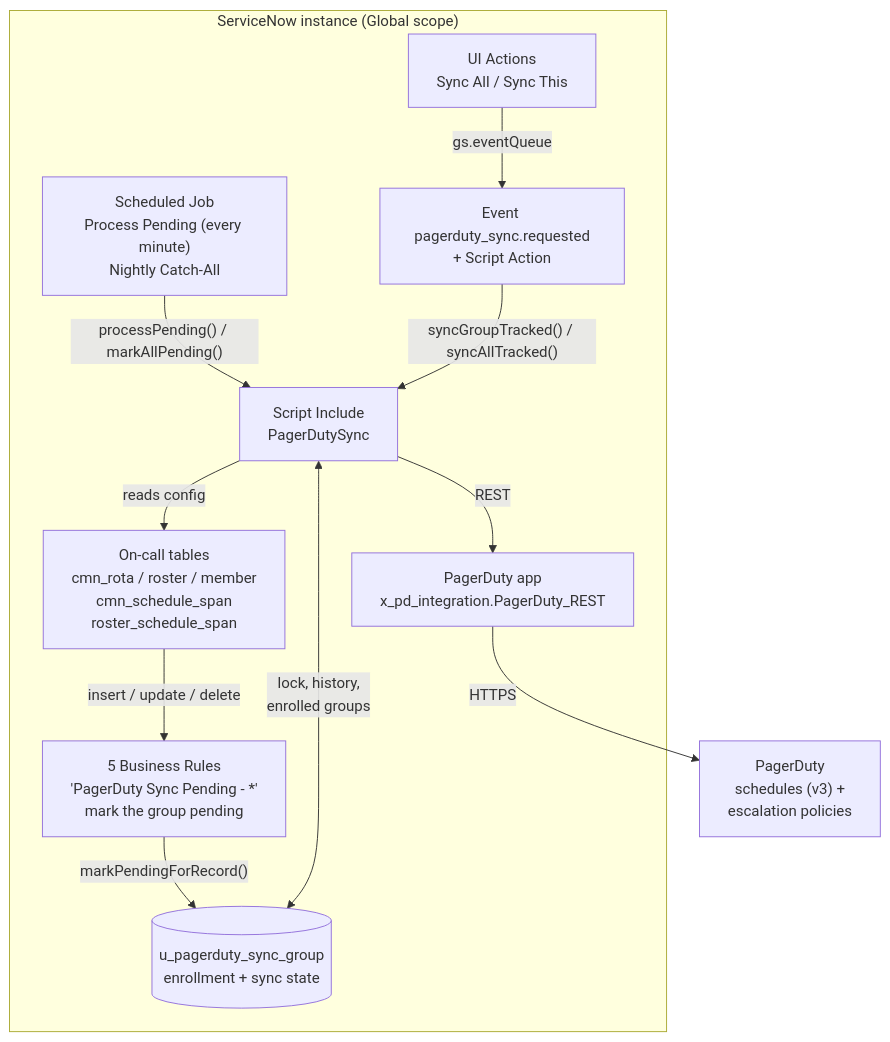
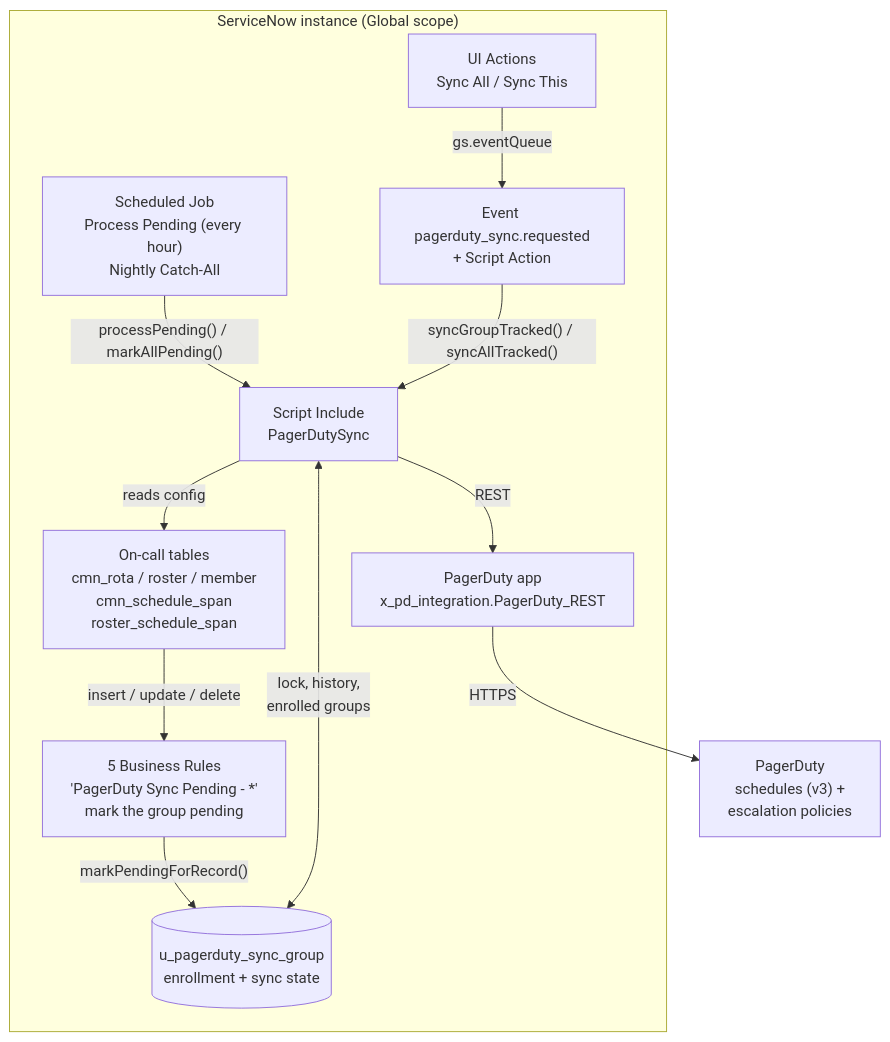
One commit to martindstone/snow-rota-sync changed the first of 5 diagrams in README.md. Above: the diagram before and after it, drawn with Mermaid. The commit also changed other lines of this file and 12 other files, not shown here.

````diff
--- a/README.md
+++ b/README.md
@@ -20,24 +20,24 @@
 ```mermaid
 flowchart TB
   subgraph SN["ServiceNow instance (Global scope)"]
     SRC["On-call tables<br/>cmn_rota / roster / member<br/>cmn_schedule_span<br/>roster_schedule_span"]
     BR["5 Business Rules<br/>'PagerDuty Sync Pending - *'<br/>mark the group pending"]
     ENR[("u_pagerduty_sync_group<br/>enrollment + sync state")]
-    JOB["Scheduled Job<br/>Process Pending (every minute)<br/>Nightly Catch-All"]
+    JOB["Scheduled Job<br/>Process Pending (every hour)<br/>Nightly Catch-All"]
     UIA["UI Actions<br/>Sync All / Sync This"]
     EVT["Event pagerduty_sync.requested<br/>+ Script Action"]
     SI["Script Include<br/>PagerDutySync"]
     APP["PagerDuty app<br/>x_pd_integration.PagerDuty_REST"]
   end
   PD["PagerDuty<br/>schedules (v3) +<br/>escalation policies"]
 
   SRC -- "insert / update / delete" --> BR
   BR -- "markPendingForRecord()" --> ENR
   JOB -- "processPending() / markAllPending()" --> SI
   UIA -- "gs.eventQueue" --> EVT
   EVT -- "syncGroupTracked() / syncAllTracked()" --> SI
   SI <-->|"lock, history,<br/>enrolled groups"| ENR
   SI -- "reads config" --> SRC
   SI -- "REST" --> APP
   APP -- "HTTPS" --> PD
 ```
````
